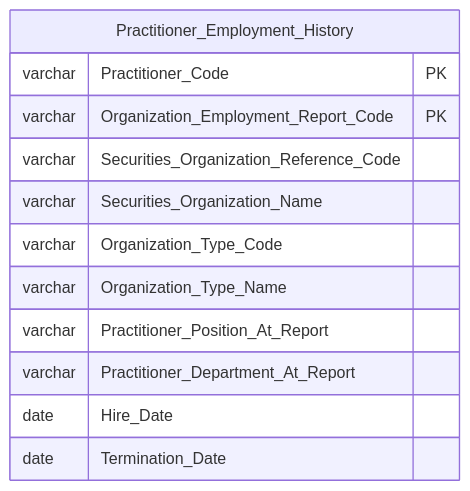
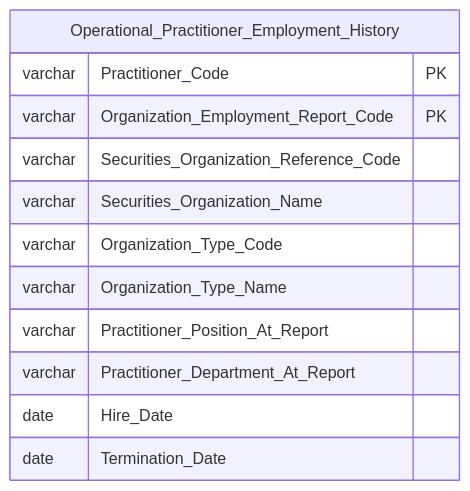
Diagram 28 of 40 in Datamart/hld/DTM_NHNCK_HLD.md (linhlvit/ubck_atomic_design), drawn with Mermaid before and after one commit. The commit also changed other lines of this file and 52 other files, not shown here.

````diff
--- a/Datamart/hld/DTM_NHNCK_HLD.md
+++ b/Datamart/hld/DTM_NHNCK_HLD.md
@@ -1176,16 +1176,16 @@
 ```mermaid
 erDiagram
-    Practitioner_Employment_History {
+    Operational_Practitioner_Employment_History {
         varchar Practitioner_Code PK
         varchar Organization_Employment_Report_Code PK
         varchar Securities_Organization_Reference_Code
         varchar Securities_Organization_Name
         varchar Organization_Type_Code
         varchar Organization_Type_Name
         varchar Practitioner_Position_At_Report
         varchar Practitioner_Department_At_Report
         date Hire_Date
         date Termination_Date
 
     }
 ```
````
